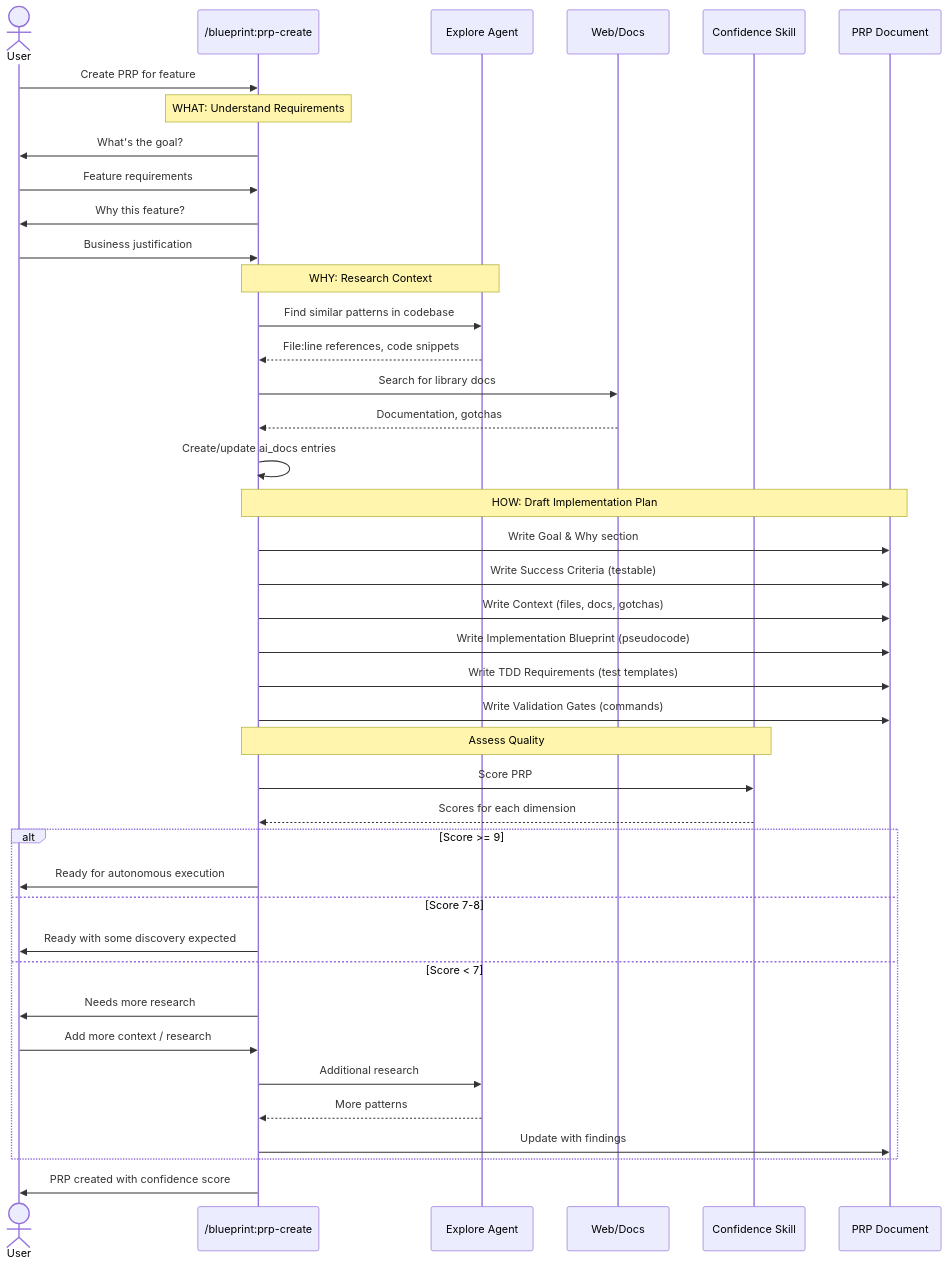
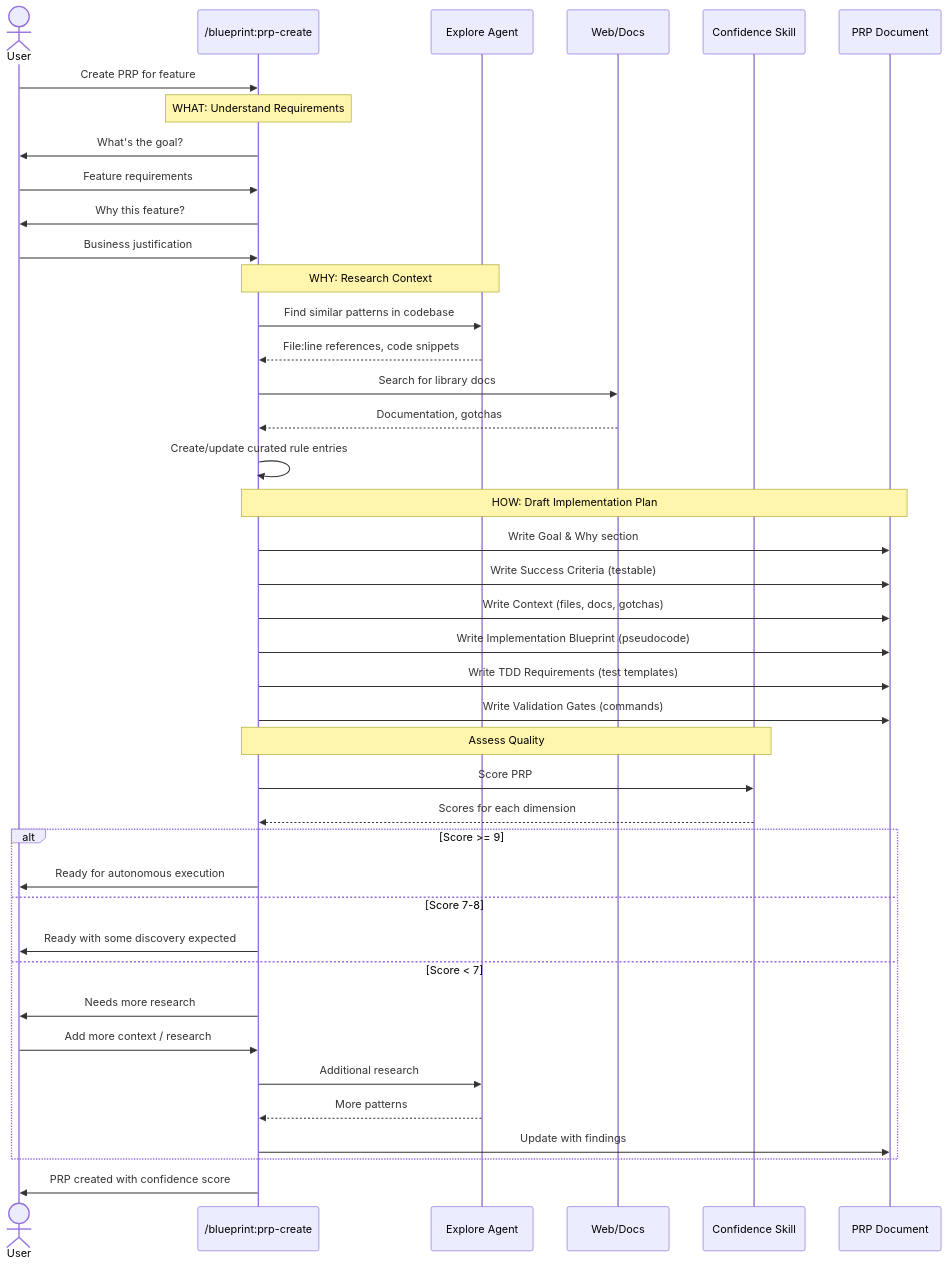
The third of 8 diagrams in blueprint-plugin/docs/blueprint-plugin-sequence.md (laurigates/claude-plugins), drawn with Mermaid before and after one commit. The commit also changed other lines of this file and 21 other files, not shown here.

````diff
--- a/blueprint-plugin/docs/blueprint-plugin-sequence.md
+++ b/blueprint-plugin/docs/blueprint-plugin-sequence.md
@@ -199,52 +199,52 @@
 ```mermaid
 sequenceDiagram
     actor User
     participant CMD as /blueprint:prp-create
     participant Explore as Explore Agent
     participant WebSearch as Web/Docs
     participant Confidence as Confidence Skill
     participant PRP as PRP Document
 
     User->>CMD: Create PRP for feature
 
     Note over CMD: WHAT: Understand Requirements
     CMD->>User: What's the goal?
     User->>CMD: Feature requirements
     CMD->>User: Why this feature?
     User->>CMD: Business justification
 
     Note over CMD,Explore: WHY: Research Context
     CMD->>Explore: Find similar patterns in codebase
     Explore-->>CMD: File:line references, code snippets
 
     CMD->>WebSearch: Search for library docs
     WebSearch-->>CMD: Documentation, gotchas
 
-    CMD->>CMD: Create/update ai_docs entries
+    CMD->>CMD: Create/update curated rule entries
 
     Note over CMD,PRP: HOW: Draft Implementation Plan
     CMD->>PRP: Write Goal & Why section
     CMD->>PRP: Write Success Criteria (testable)
     CMD->>PRP: Write Context (files, docs, gotchas)
     CMD->>PRP: Write Implementation Blueprint (pseudocode)
     CMD->>PRP: Write TDD Requirements (test templates)
     CMD->>PRP: Write Validation Gates (commands)
 
     Note over CMD,Confidence: Assess Quality
     CMD->>Confidence: Score PRP
     Confidence-->>CMD: Scores for each dimension
 
     alt Score >= 9
         CMD->>User: Ready for autonomous execution
     else Score 7-8
         CMD->>User: Ready with some discovery expected
     else Score < 7
         CMD->>User: Needs more research
         User->>CMD: Add more context / research
         CMD->>Explore: Additional research
         Explore-->>CMD: More patterns
         CMD->>PRP: Update with findings
     end
 
     CMD->>User: PRP created with confidence score
 ```
````
